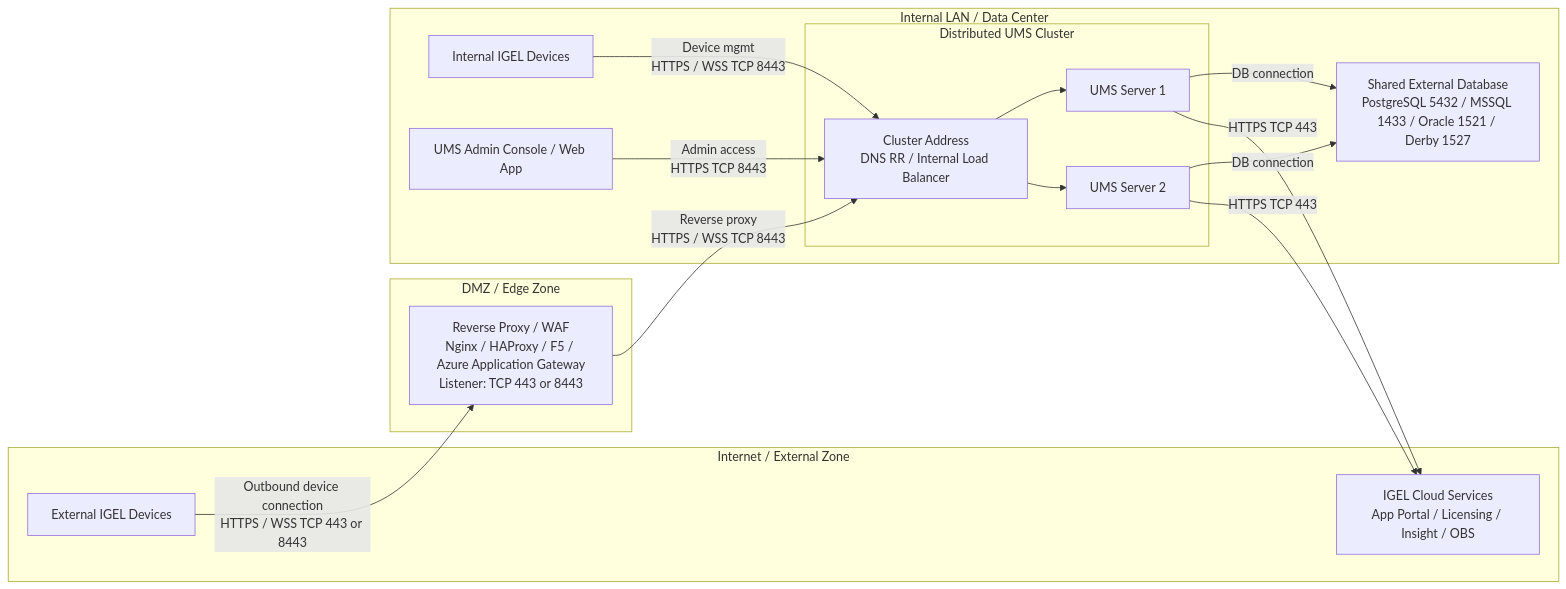
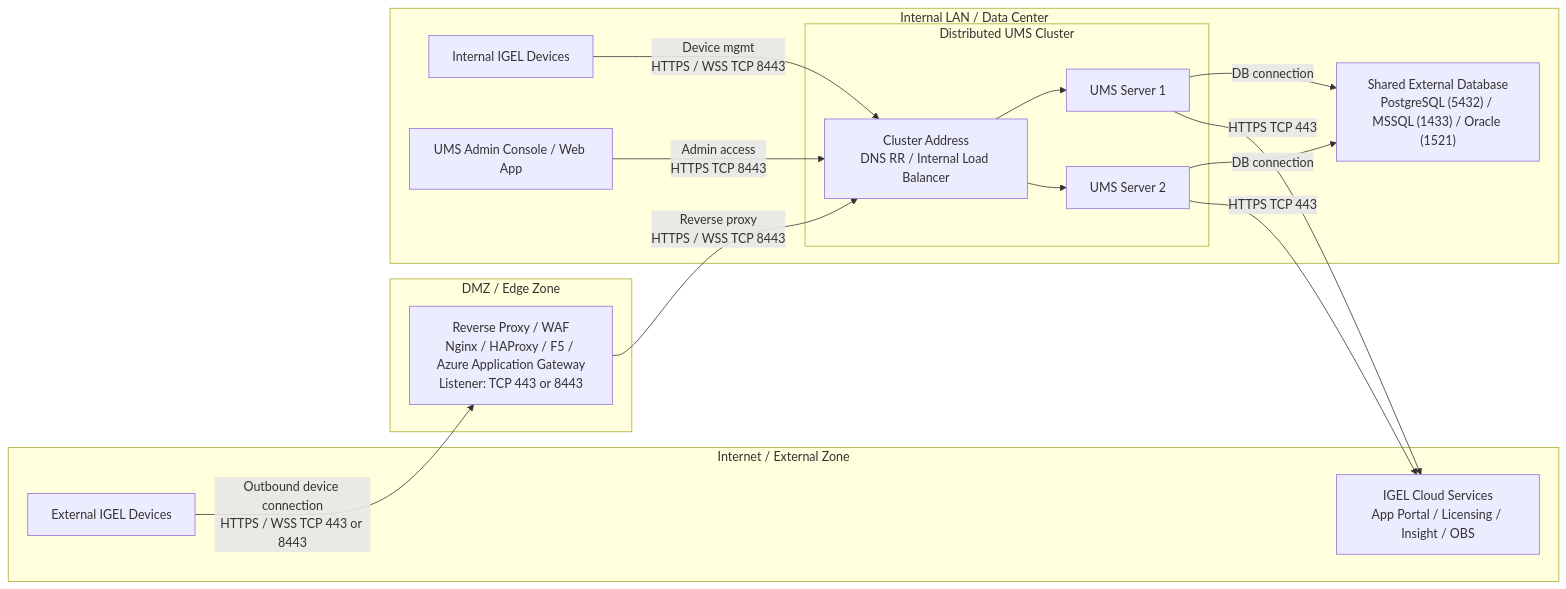
One commit to IGEL-Community/IGEL-Docs-v02 changed the third of 9 diagrams in docs/Docs/HOWTO-Basic-Setup-Guide.md. Above: the diagram before and after it, drawn with Mermaid. The commit also changed other lines of this file, not shown here.

Commit message:
external DBs external DBs

````diff
--- a/docs/Docs/HOWTO-Basic-Setup-Guide.md
+++ b/docs/Docs/HOWTO-Basic-Setup-Guide.md
@@ -311,71 +311,71 @@
 ```mermaid
 flowchart LR
 
 %% =========================
 %% ZONES
 %% =========================
 subgraph Internet["Internet / External Zone"]
     EXT["External IGEL Devices"]
     CLOUD["IGEL Cloud Services<br/>App Portal / Licensing / Insight / OBS"]
 end
 
 subgraph DMZ["DMZ / Edge Zone"]
     RP["Reverse Proxy / WAF<br/>Nginx / HAProxy / F5 / Azure Application Gateway<br/>Listener: TCP 443 or 8443"]
 end
 
 subgraph LAN["Internal LAN / Data Center"]
 
     INT["Internal IGEL Devices"]
 
     subgraph UMSCLUSTER["Distributed UMS Cluster"]
         LB["Cluster Address<br/>DNS RR / Internal Load Balancer"]
         UMS1["UMS Server 1"]
         UMS2["UMS Server 2"]
     end
 
-    DB["Shared External Database<br/>PostgreSQL 5432 / MSSQL 1433 / Oracle 1521 / Derby 1527"]
+    DB["Shared External Database<br/>PostgreSQL (5432) / MSSQL (1433) / Oracle (1521) "]
 
     ADM["UMS Admin Console / Web App"]
 
 end
 
 %% =========================
 %% INTERNAL DEVICES
 %% =========================
 INT -->|"Device mgmt<br/>HTTPS / WSS TCP 8443"| LB
 LB --> UMS1
 LB --> UMS2
 
 %% =========================
 %% EXTERNAL DEVICES
 %% =========================
 EXT -->|"Outbound device connection<br/>HTTPS / WSS TCP 443 or 8443"| RP
 
 RP -->|"Reverse proxy<br/>HTTPS / WSS TCP 8443"| LB
 
 %% =========================
 %% ADMIN ACCESS
 %% =========================
 ADM -->|"Admin access<br/>HTTPS TCP 8443"| LB
 
 %% =========================
 %% UMS DATABASE
 %% =========================
 UMS1 -->|"DB connection"| DB
 UMS2 -->|"DB connection"| DB
 
 %% =========================
 %% CLOUD SERVICES
 %% =========================
 UMS1 -->|"HTTPS TCP 443"| CLOUD
 UMS2 -->|"HTTPS TCP 443"| CLOUD
 
 %% =========================
 %% STYLING
 %% =========================
 
 class Internet,DMZ,LAN,UMSCLUSTER zone;
 class EXT,INT,RP,LB,UMS1,UMS2,ADM core;
 class DB db;
 class CLOUD cloud;
 ```
````
